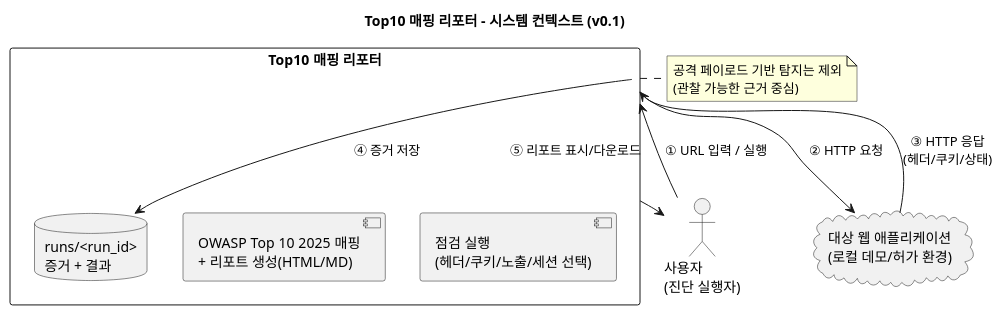
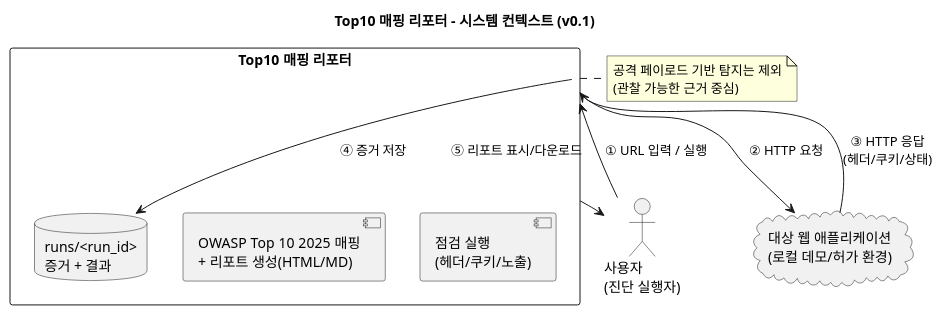
The diagram in docs/diagrams/context/v0.1/context_ko_v0.1.puml (O-SQZ/Top10-Mapping-Reporter), drawn with PlantUML before and after one commit. The commit also changed 14 other files, not shown here.

```diff
--- a/docs/diagrams/context/v0.1/context_ko_v0.1.puml
+++ b/docs/diagrams/context/v0.1/context_ko_v0.1.puml
@@ -1,24 +1,24 @@
 @startuml
 title Top10 매핑 리포터 - 시스템 컨텍스트 (v0.1)
 
 actor "사용자\n(진단 실행자)" as U
 cloud "대상 웹 애플리케이션\n(로컬 데모/허가 환경)" as T
 
 rectangle "Top10 매핑 리포터" as R {
-  component "점검 실행\n(헤더/쿠키/노출/세션 선택)" as C
+  component "점검 실행\n(헤더/쿠키/노출)" as C
   component "OWASP Top 10 2025 매핑\n+ 리포트 생성(HTML/MD)" as P
   database "runs/<run_id>\n증거 + 결과" as FS
 }
 
 U --> R : ① URL 입력 / 실행
 R --> T : ② HTTP 요청
 T --> R : ③ HTTP 응답\n(헤더/쿠키/상태)
 R --> FS : ④ 증거 저장
 R --> U : ⑤ 리포트 표시/다운로드
 
 note right of R
 공격 페이로드 기반 탐지는 제외
 (관찰 가능한 근거 중심)
 end note
 
 @enduml
```
